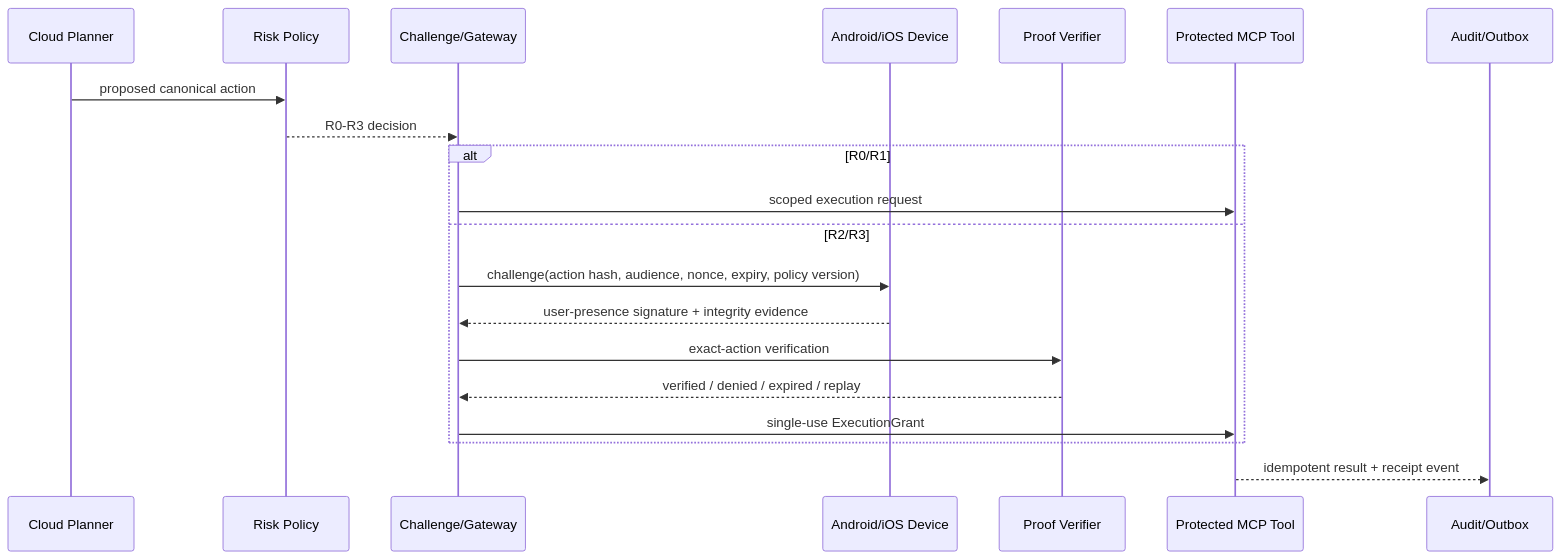
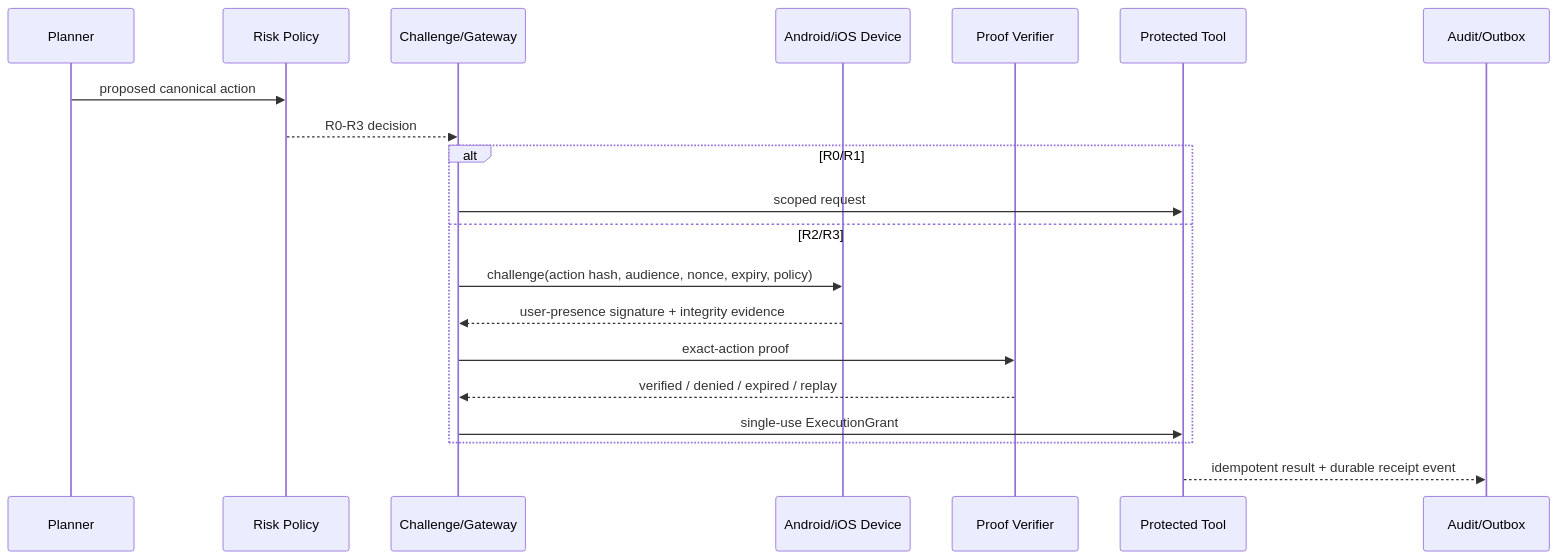
Before and after one commit to ed3c/ActionGate: the second of 2 diagrams in README.md, drawn with Mermaid. The commit also changed other lines of this file and 9 other files, not shown here.

````diff
--- a/README.md
+++ b/README.md
@@ -120,23 +148,23 @@
 ```mermaid
 sequenceDiagram
-  participant Planner as Cloud Planner
+  participant Planner as Planner
   participant Policy as Risk Policy
   participant Gate as Challenge/Gateway
   participant Device as Android/iOS Device
   participant Verify as Proof Verifier
-  participant Tool as Protected MCP Tool
+  participant Tool as Protected Tool
   participant Audit as Audit/Outbox
 
   Planner->>Policy: proposed canonical action
   Policy-->>Gate: R0-R3 decision
   alt R0/R1
-    Gate->>Tool: scoped execution request
+    Gate->>Tool: scoped request
   else R2/R3
-    Gate->>Device: challenge(action hash, audience, nonce, expiry, policy version)
+    Gate->>Device: challenge(action hash, audience, nonce, expiry, policy)
     Device-->>Gate: user-presence signature + integrity evidence
-    Gate->>Verify: exact-action verification
+    Gate->>Verify: exact-action proof
     Verify-->>Gate: verified / denied / expired / replay
     Gate->>Tool: single-use ExecutionGrant
   end
-  Tool-->>Audit: idempotent result + receipt event
+  Tool-->>Audit: idempotent result + durable receipt event
 ```
````
